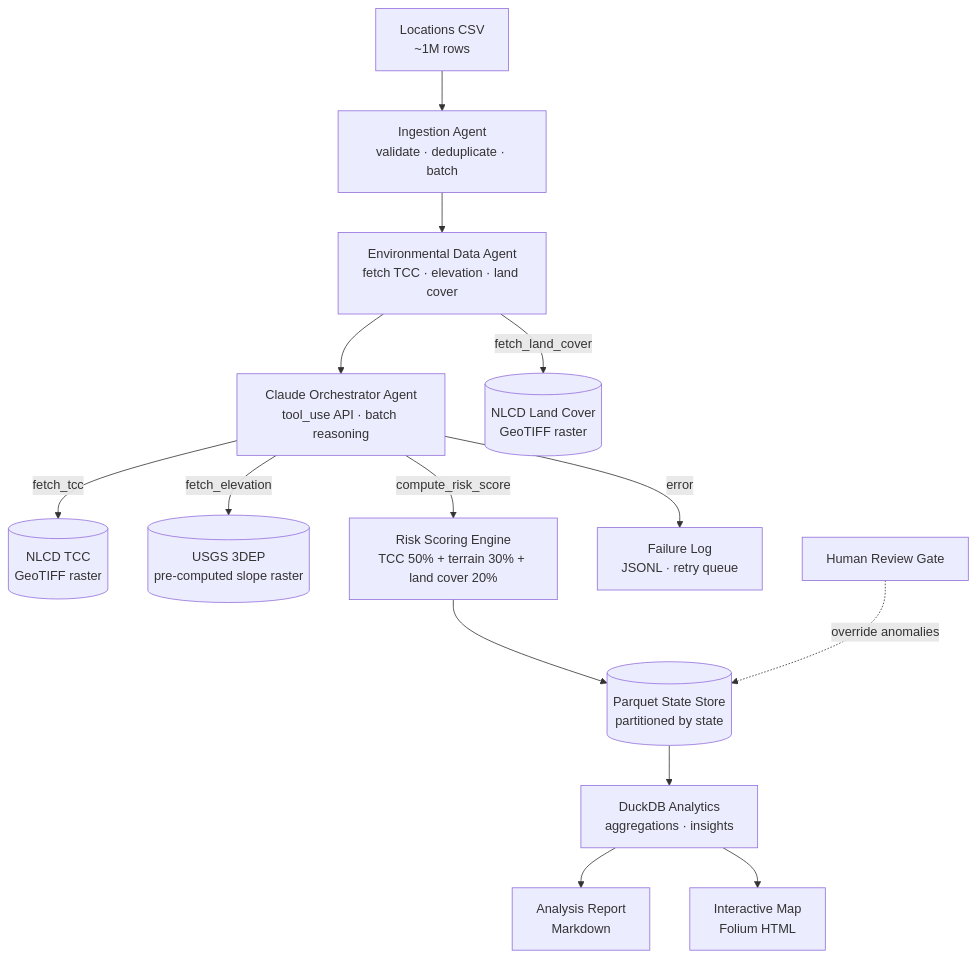
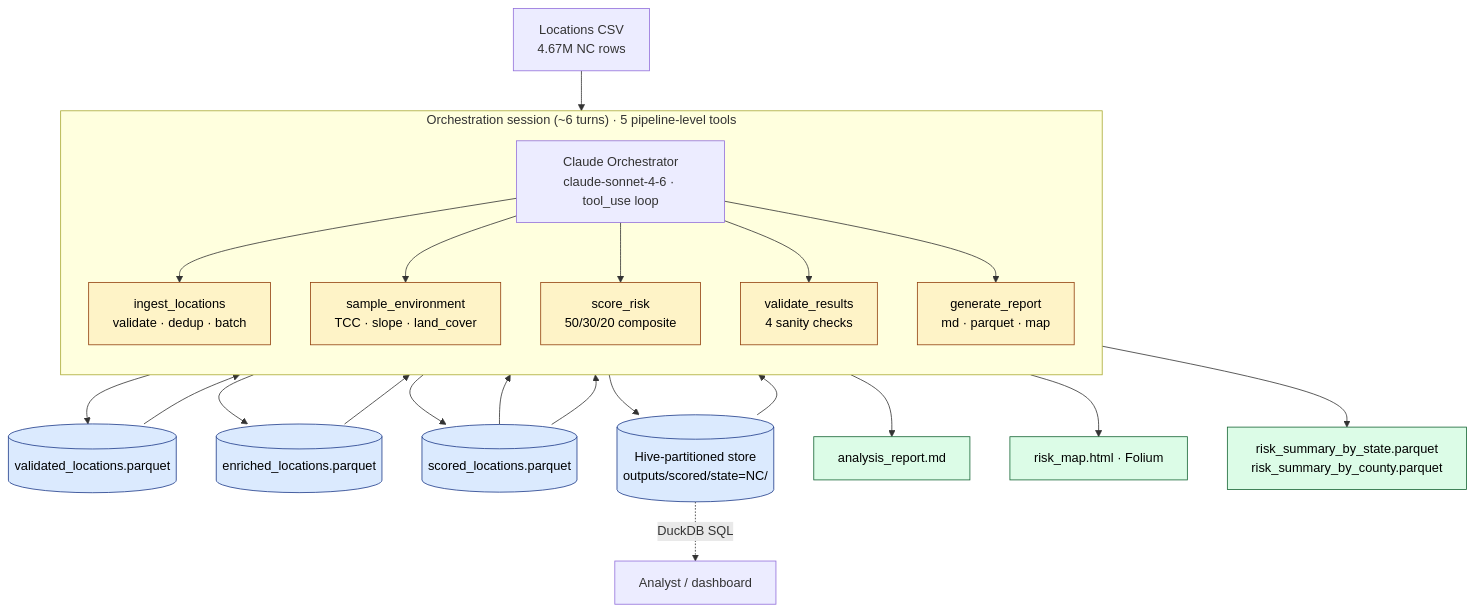
One commit to DrashtiShah23/Ready_Builders_Challenge changed the diagram in README.md. Above: the diagram before and after it, drawn with Mermaid. The commit also changed other lines of this file and 26 other files, not shown here.

````diff
--- a/README.md
+++ b/README.md
@@ -21,16 +62,40 @@
 ```mermaid
 flowchart TD
-    A[Locations CSV<br>~1M rows] --> B[Ingestion Agent<br>validate · deduplicate · batch]
-    B --> C[Environmental Data Agent<br>fetch TCC · elevation · land cover]
-    C --> D[Claude Orchestrator Agent<br>tool_use API · batch reasoning]
-    D -->|fetch_tcc| E[(NLCD TCC<br>GeoTIFF raster)]
-    D -->|fetch_elevation| F[(USGS 3DEP<br>pre-computed slope raster)]
-    D -->|compute_risk_score| G[Risk Scoring Engine<br>TCC 50% + terrain 30% + land cover 20%]
-    C -->|fetch_land_cover| LC[(NLCD Land Cover<br>GeoTIFF raster)]
-    G --> H[(Parquet State Store<br>partitioned by state)]
-    H --> I[DuckDB Analytics<br>aggregations · insights]
-    I --> J[Analysis Report<br>Markdown]
-    I --> K[Interactive Map<br>Folium HTML]
-    D -->|error| L[Failure Log<br>JSONL · retry queue]
-    M[Human Review Gate] -.->|override anomalies| H
+    CSV[Locations CSV<br>4.67M NC rows] --> ORCH
+
+    subgraph CLAUDE[" Orchestration session (~6 turns) · 5 pipeline-level tools "]
+        direction TB
+        ORCH[Claude Orchestrator<br>claude-sonnet-4-6 · tool_use loop] --> T1
+        ORCH --> T2
+        ORCH --> T3
+        ORCH --> T4
+        ORCH --> T5
+        T1[ingest_locations<br>validate · dedup · batch]
+        T2[sample_environment<br>TCC · slope · land_cover]
+        T3[score_risk<br>50/30/20 composite]
+        T4[validate_results<br>4 sanity checks]
+        T5[generate_report<br>md · parquet · map]
+    end
+
+    T1 --> P1[(validated_locations.parquet)]
+    P1 --> T2
+    T2 --> P2[(enriched_locations.parquet)]
+    P2 --> T3
+    T3 --> P3[(scored_locations.parquet)]
+    T3 --> STORE[(Hive-partitioned store<br>outputs/scored/state=NC/)]
+    P3 --> T4
+    P3 --> T5
+    STORE --> T5
+    T5 --> REPORT[analysis_report.md]
+    T5 --> MAP[risk_map.html · Folium]
+    T5 --> SUMM[risk_summary_by_state.parquet<br>risk_summary_by_county.parquet]
+
+    STORE -.->|DuckDB SQL| ANALYST[Analyst / dashboard]
+
+    classDef tool fill:#fef3c7,stroke:#92400e,color:#000
+    classDef store fill:#dbeafe,stroke:#1e3a8a,color:#000
+    classDef out fill:#dcfce7,stroke:#166534,color:#000
+    class T1,T2,T3,T4,T5 tool
+    class P1,P2,P3,STORE store
+    class REPORT,MAP,SUMM out
 ```
````
